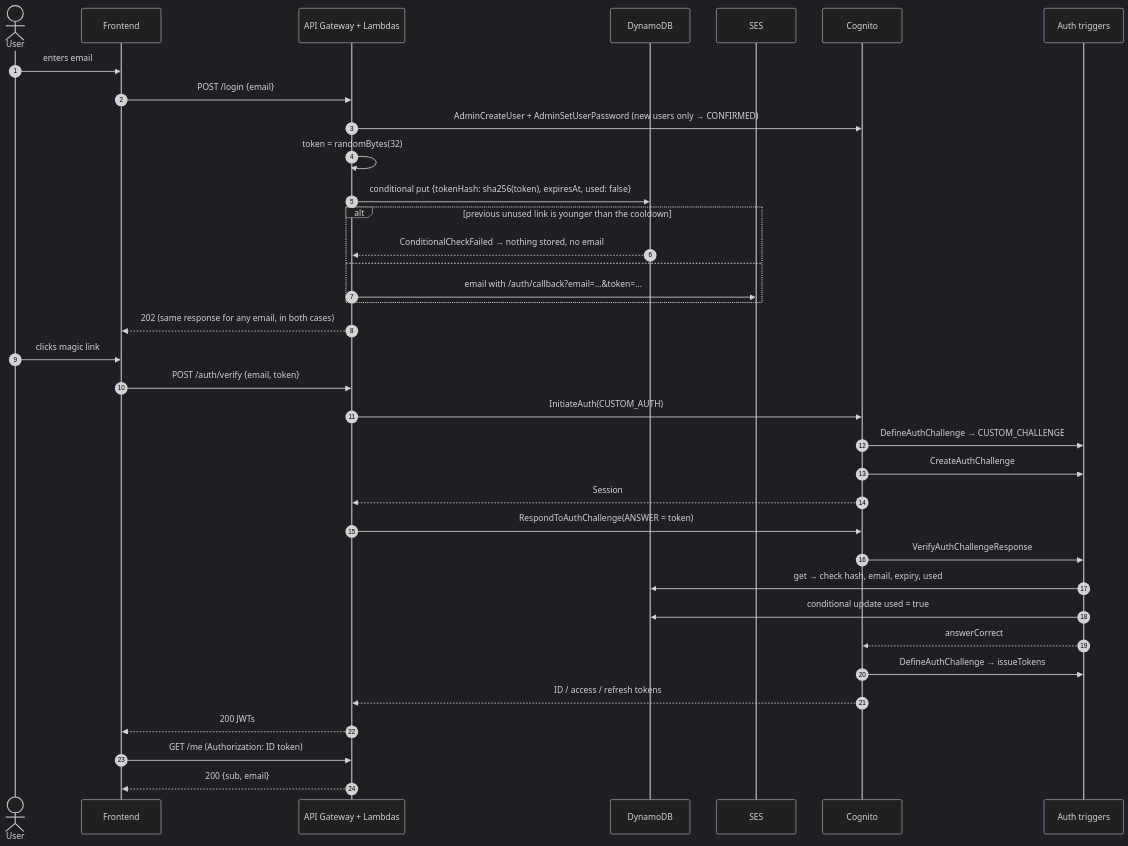
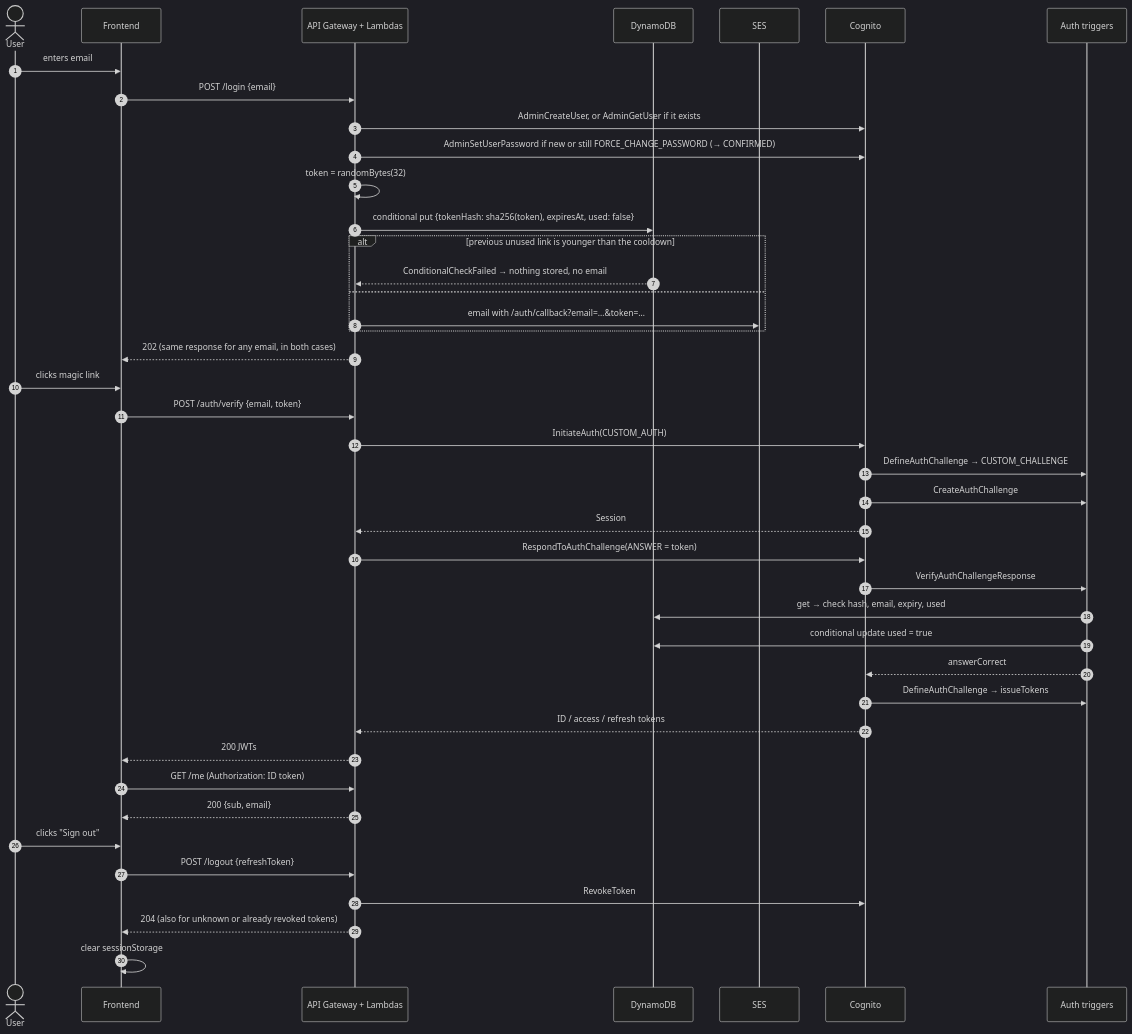
Before and after one commit to luizcurti/magic-links-with-amazon-cognito: the diagram in README.md, drawn with Mermaid (dark theme). The commit also changed other lines of this file and 32 other files, not shown here.

````diff
--- a/README.md
+++ b/README.md
@@ -67,40 +71,47 @@
 ```mermaid
 sequenceDiagram
     autonumber
     actor U as User
     participant FE as Frontend
     participant API as API Gateway + Lambdas
     participant DB as DynamoDB
     participant SES as SES
     participant C as Cognito
     participant T as Auth triggers
 
     U->>FE: enters email
     FE->>API: POST /login {email}
-    API->>C: AdminCreateUser + AdminSetUserPassword (new users only → CONFIRMED)
+    API->>C: AdminCreateUser, or AdminGetUser if it exists
+    API->>C: AdminSetUserPassword if new or still FORCE_CHANGE_PASSWORD (→ CONFIRMED)
     API->>API: token = randomBytes(32)
     API->>DB: conditional put {tokenHash: sha256(token), expiresAt, used: false}
     alt previous unused link is younger than the cooldown
         DB-->>API: ConditionalCheckFailed → nothing stored, no email
     else
         API->>SES: email with /auth/callback?email=…&token=…
     end
     API-->>FE: 202 (same response for any email, in both cases)
 
     U->>FE: clicks magic link
     FE->>API: POST /auth/verify {email, token}
     API->>C: InitiateAuth(CUSTOM_AUTH)
     C->>T: DefineAuthChallenge → CUSTOM_CHALLENGE
     C->>T: CreateAuthChallenge
     C-->>API: Session
     API->>C: RespondToAuthChallenge(ANSWER = token)
     C->>T: VerifyAuthChallengeResponse
     T->>DB: get → check hash, email, expiry, used
     T->>DB: conditional update used = true
     T-->>C: answerCorrect
     C->>T: DefineAuthChallenge → issueTokens
     C-->>API: ID / access / refresh tokens
     API-->>FE: 200 JWTs
     FE->>API: GET /me (Authorization: ID token)
     API-->>FE: 200 {sub, email}
+
+    U->>FE: clicks "Sign out"
+    FE->>API: POST /logout {refreshToken}
+    API->>C: RevokeToken
+    API-->>FE: 204 (also for unknown or already revoked tokens)
+    FE->>FE: clear sessionStorage
 ```
````
